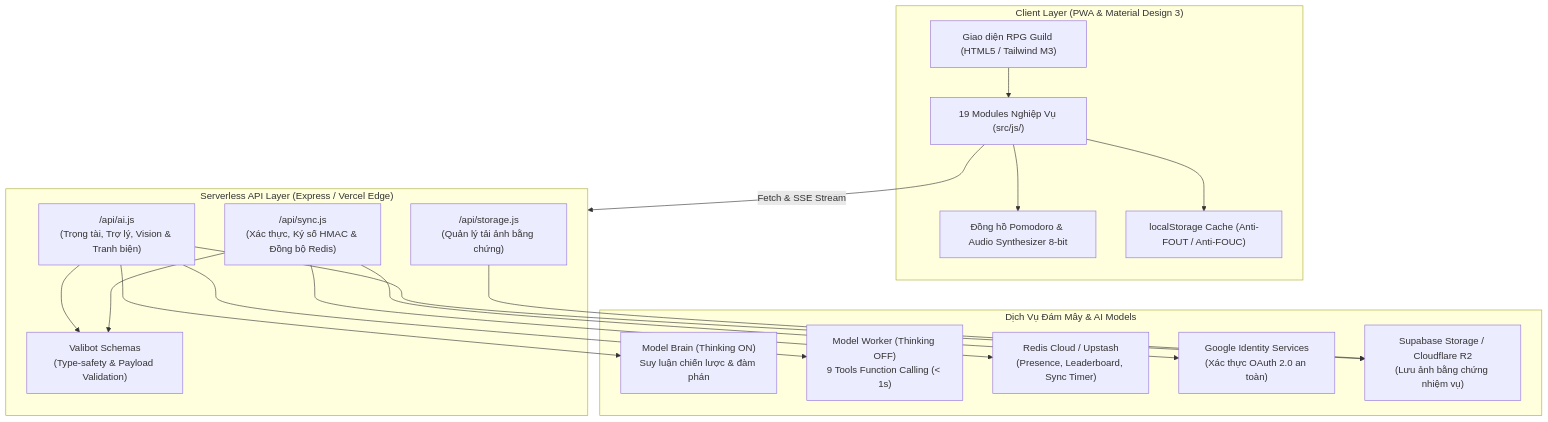
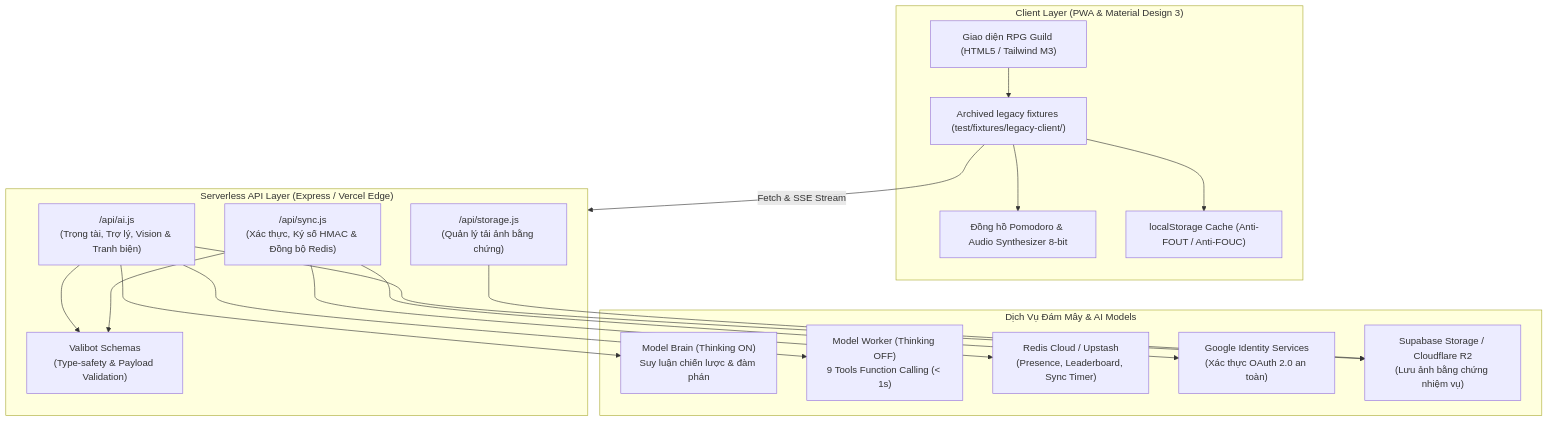
One commit to KhoiTran1999/LevelUp changed the diagram in .github/docs/README.md. Above: the diagram before and after it, drawn with Mermaid. The commit also changed other lines of this file and 107 other files, not shown here.

````diff
--- a/.github/docs/README.md
+++ b/.github/docs/README.md
@@ -32,38 +32,38 @@
 ```mermaid
 flowchart TD
     subgraph Client ["Client Layer (PWA & Material Design 3)"]
         UI["Giao diện RPG Guild (HTML5 / Tailwind M3)"]
-        Modules["19 Modules Nghiệp Vụ (src/js/)"]
+        Modules["Archived legacy fixtures (test/fixtures/legacy-client/)"]
         Timer["Đồng hồ Pomodoro & Audio Synthesizer 8-bit"]
         LocalStore["localStorage Cache (Anti-FOUT / Anti-FOUC)"]
     end
 
     subgraph Serverless ["Serverless API Layer (Express / Vercel Edge)"]
         APIAI["/api/ai.js\n(Trọng tài, Trợ lý, Vision & Tranh biện)"]
         APISync["/api/sync.js\n(Xác thực, Ký số HMAC & Đồng bộ Redis)"]
         APIStorage["/api/storage.js\n(Quản lý tải ảnh bằng chứng)"]
         Valibot["Valibot Schemas\n(Type-safety & Payload Validation)"]
     end
 
     subgraph External ["Dịch Vụ Đám Mây & AI Models"]
         Brain["Model Brain (Thinking ON)\nSuy luận chiến lược & đàm phán"]
         Worker["Model Worker (Thinking OFF)\n9 Tools Function Calling (< 1s)"]
         Redis["Redis Cloud / Upstash\n(Presence, Leaderboard, Sync Timer)"]
         Google["Google Identity Services\n(Xác thực OAuth 2.0 an toàn)"]
         CloudStorage["Supabase Storage / Cloudflare R2\n(Lưu ảnh bằng chứng nhiệm vụ)"]
     end
 
     UI --> Modules
     Modules --> LocalStore
     Modules --> Timer
     Modules -->|Fetch & SSE Stream| Serverless
 
     APIAI --> Valibot
     APISync --> Valibot
     APIAI --> Brain
     APIAI --> Worker
     APIAI --> CloudStorage
     APISync --> Redis
     APISync --> Google
     APIStorage --> CloudStorage
 ```
````
